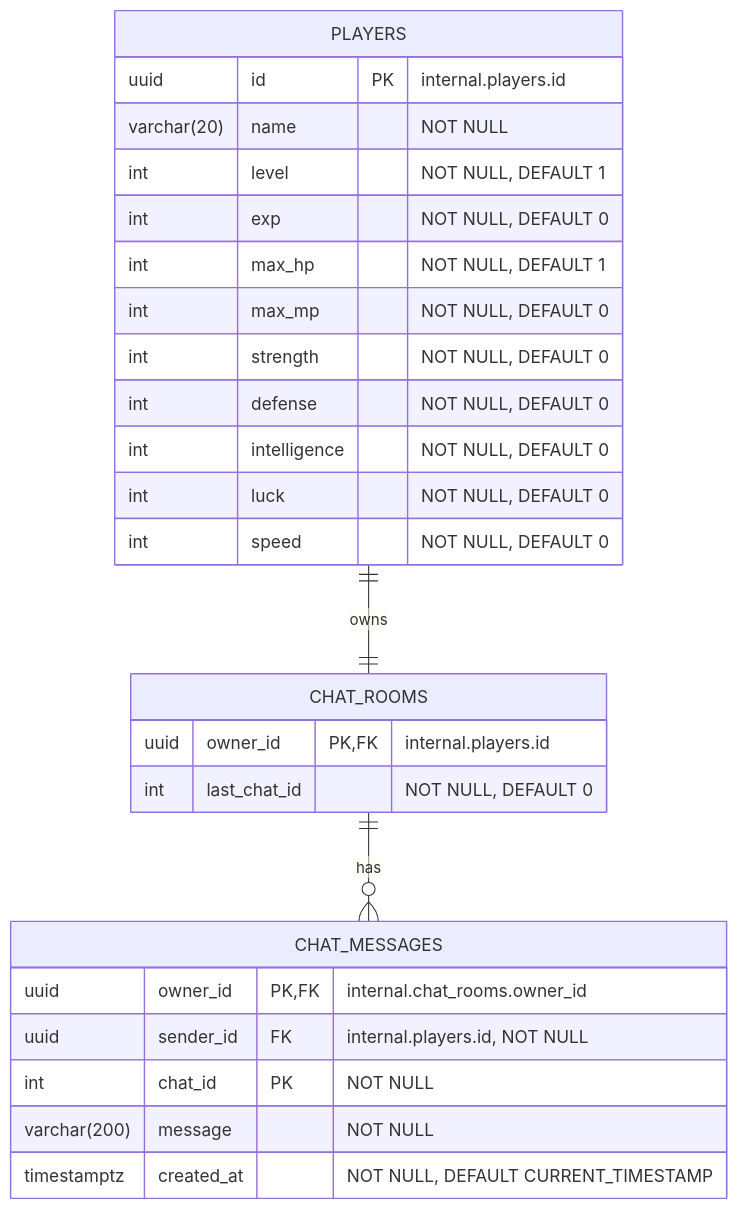
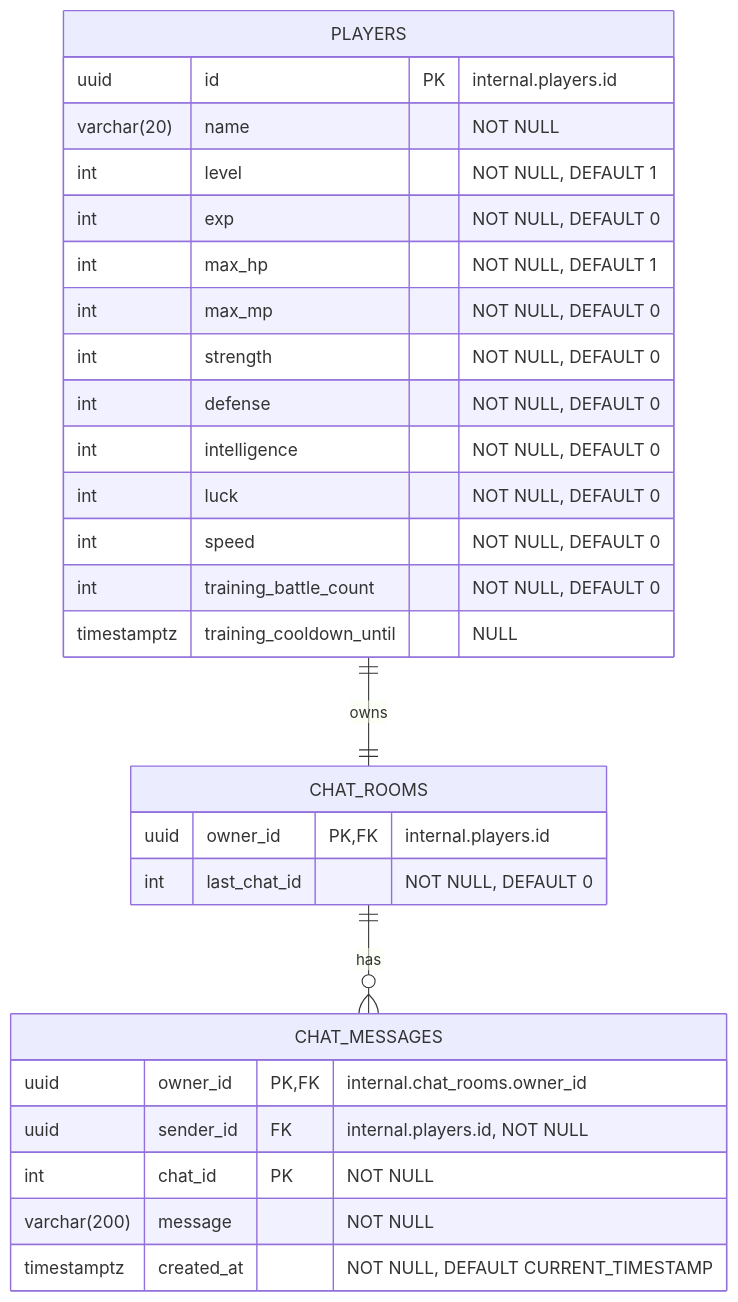
Before and after one commit to ayumu203/nisekue: the diagram in docs/MMD02_ER図.mmd, drawn with Mermaid.

Commit message:
docs: DB設計へ戦闘回数・次回戦闘可能時間を追加.

```diff
--- a/docs/MMD02_ER図.mmd
+++ b/docs/MMD02_ER図.mmd
@@ -1,33 +1,30 @@
 erDiagram
     PLAYERS {
         uuid id PK "internal.players.id"
         varchar(20) name "NOT NULL"
         int level "NOT NULL, DEFAULT 1"
         int exp "NOT NULL, DEFAULT 0"
         int max_hp "NOT NULL, DEFAULT 1"
         int max_mp "NOT NULL, DEFAULT 0"
         int strength "NOT NULL, DEFAULT 0"
         int defense "NOT NULL, DEFAULT 0"
         int intelligence "NOT NULL, DEFAULT 0"
         int luck "NOT NULL, DEFAULT 0"
         int speed "NOT NULL, DEFAULT 0"
+        int training_battle_count "NOT NULL, DEFAULT 0"
+        timestamptz training_cooldown_until "NULL"
     }
     CHAT_ROOMS {
         uuid owner_id PK, FK "internal.players.id"
         int last_chat_id "NOT NULL, DEFAULT 0"
     }
     CHAT_MESSAGES {
         uuid owner_id PK, FK "internal.chat_rooms.owner_id"
         uuid sender_id FK "internal.players.id, NOT NULL"
         int chat_id PK "NOT NULL"
         varchar(200) message "NOT NULL"
         timestamptz created_at "NOT NULL, DEFAULT CURRENT_TIMESTAMP"
     }
 
     PLAYERS ||--|| CHAT_ROOMS : owns
     CHAT_ROOMS ||--o{ CHAT_MESSAGES : has
-
-    %% Repository rule:
-    %% - chat_rooms / chat_messages は同一トランザクションで更新する
-    %% - chat_messages は(owner_id, chat_id)をキーに差分upsertする
-    %% - last_chat_id は max(chat_messages.chat_id) 以上を維持し、不整合時は max(last_chat_id, max(chat_id)) を採用する
```
